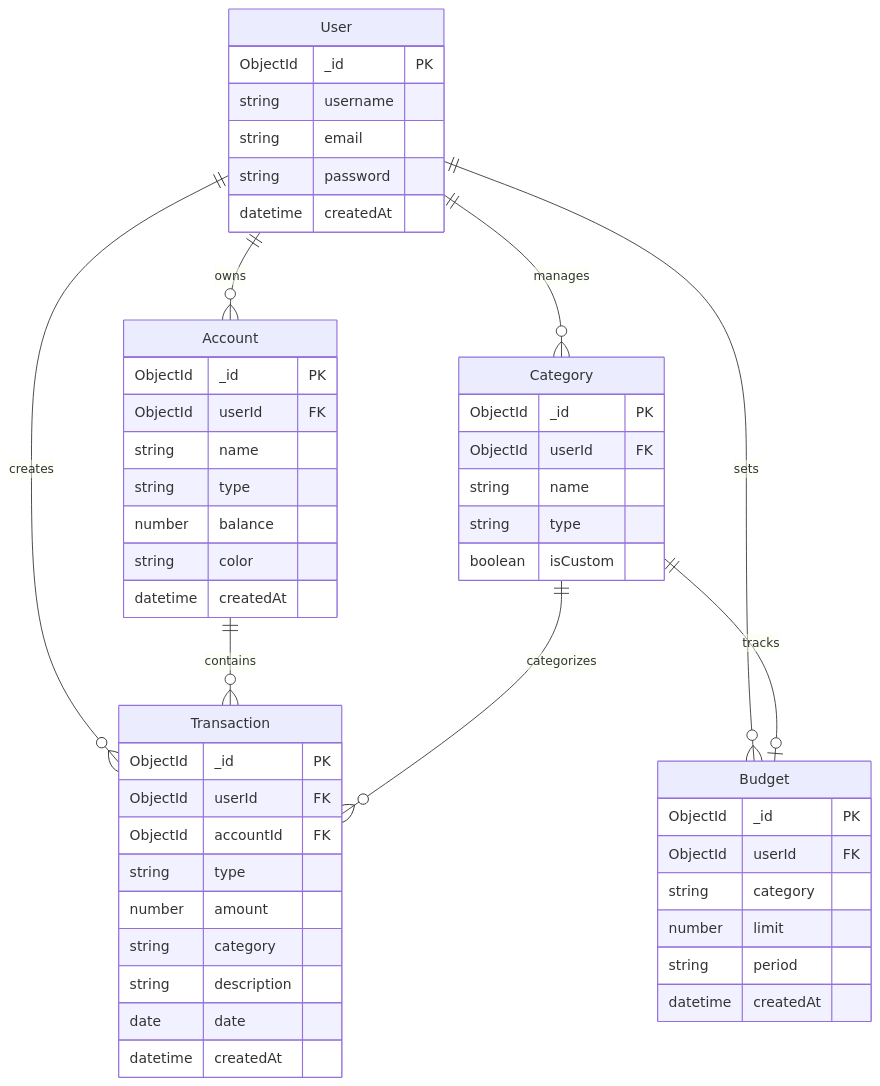
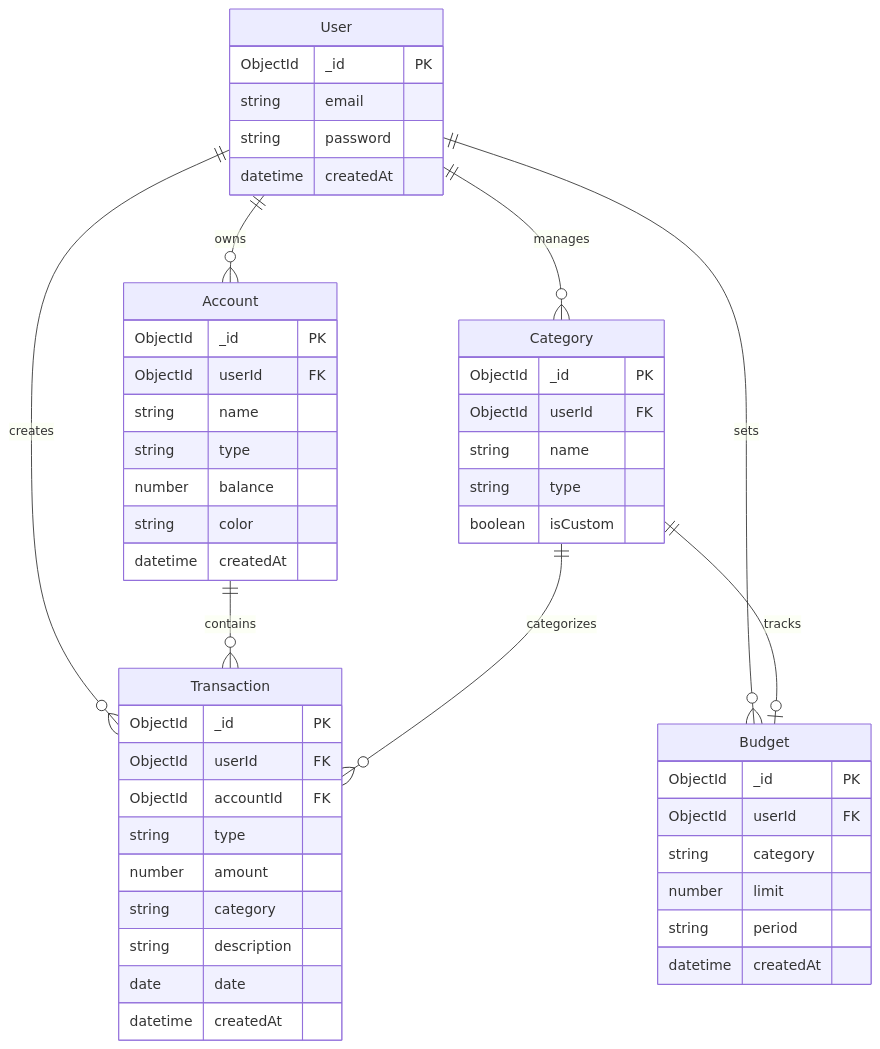
Before and after one commit to mrmartin1998/budget-buddy: the second of 4 diagrams in README.md, drawn with Mermaid. The commit also changed other lines of this file and 6 other files, not shown here.

````diff
--- a/README.md
+++ b/README.md
@@ -202,57 +242,56 @@
 ```mermaid
 erDiagram
     User ||--o{ Account : owns
     User ||--o{ Transaction : creates
     User ||--o{ Budget : sets
     User ||--o{ Category : manages
     Account ||--o{ Transaction : contains
     Category ||--o{ Transaction : categorizes
     Category ||--o| Budget : tracks
     
     User {
         ObjectId _id PK
-        string username
         string email
         string password
         datetime createdAt
     }
     
     Account {
         ObjectId _id PK
         ObjectId userId FK
         string name
         string type
         number balance
         string color
         datetime createdAt
     }
     
     Transaction {
         ObjectId _id PK
         ObjectId userId FK
         ObjectId accountId FK
         string type
         number amount
         string category
         string description
         date date
         datetime createdAt
     }
     
     Budget {
         ObjectId _id PK
         ObjectId userId FK
         string category
         number limit
         string period
         datetime createdAt
     }
     
     Category {
         ObjectId _id PK
         ObjectId userId FK
         string name
         string type
         boolean isCustom
     }
 ```
````
